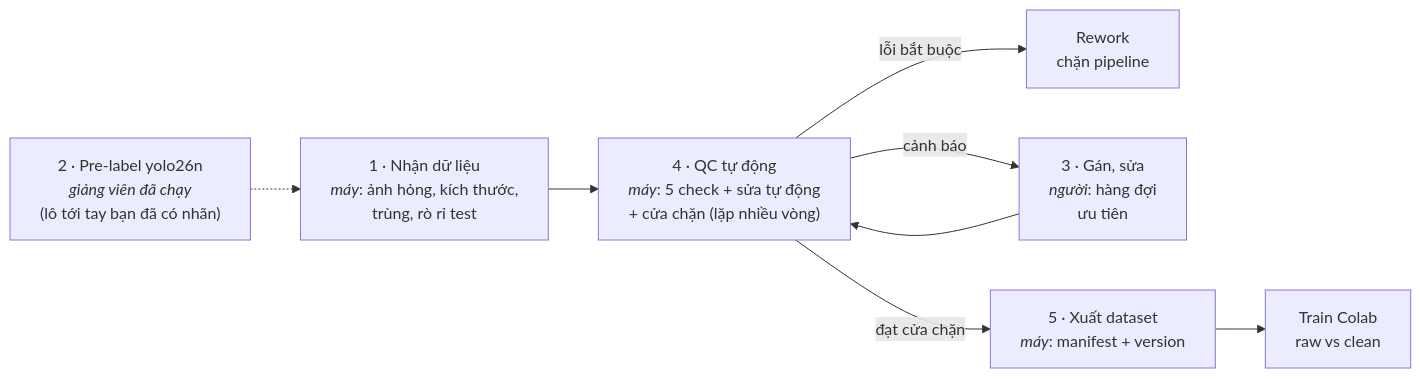
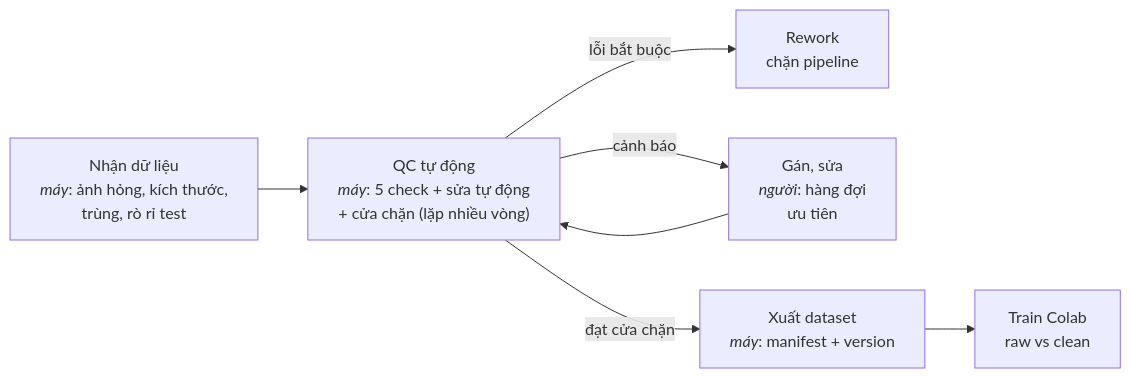
The diagram in README.md (Adendz87/K5-L23-Day09-PhamHoangMinh-03064-AutoQC-Pipeline-Lab), drawn with Mermaid before and after one commit. The commit also changed other lines of this file and 3 other files, not shown here.

Commit message:
README/hình: bỏ bước pre-label khỏi sơ đồ pipeline

````diff
--- a/README.md
+++ b/README.md
@@ -28,10 +28,9 @@
 ```mermaid
 flowchart LR
-  P["2 · Pre-label yolo26n<br/><i>giảng viên đã chạy</i><br/>(lô tới tay bạn đã có nhãn)"] -.-> A
-  A["1 · Nhận dữ liệu<br/><i>máy</i>: ảnh hỏng, kích thước,<br/>trùng, rò rỉ test"] --> C["4 · QC tự động<br/><i>máy</i>: 5 check + sửa tự động<br/>+ cửa chặn (lặp nhiều vòng)"]
+  A["Nhận dữ liệu<br/><i>máy</i>: ảnh hỏng, kích thước,<br/>trùng, rò rỉ test"] --> C["QC tự động<br/><i>máy</i>: 5 check + sửa tự động<br/>+ cửa chặn (lặp nhiều vòng)"]
   C -->|lỗi bắt buộc| X["Rework<br/>chặn pipeline"]
-  C -->|cảnh báo| D["3 · Gán, sửa<br/><i>người</i>: hàng đợi<br/>ưu tiên"]
+  C -->|cảnh báo| D["Gán, sửa<br/><i>người</i>: hàng đợi<br/>ưu tiên"]
   D --> C
-  C -->|đạt cửa chặn| E["5 · Xuất dataset<br/><i>máy</i>: manifest + version"]
+  C -->|đạt cửa chặn| E["Xuất dataset<br/><i>máy</i>: manifest + version"]
   E --> F["Train Colab<br/>raw vs clean"]
 ```
````
